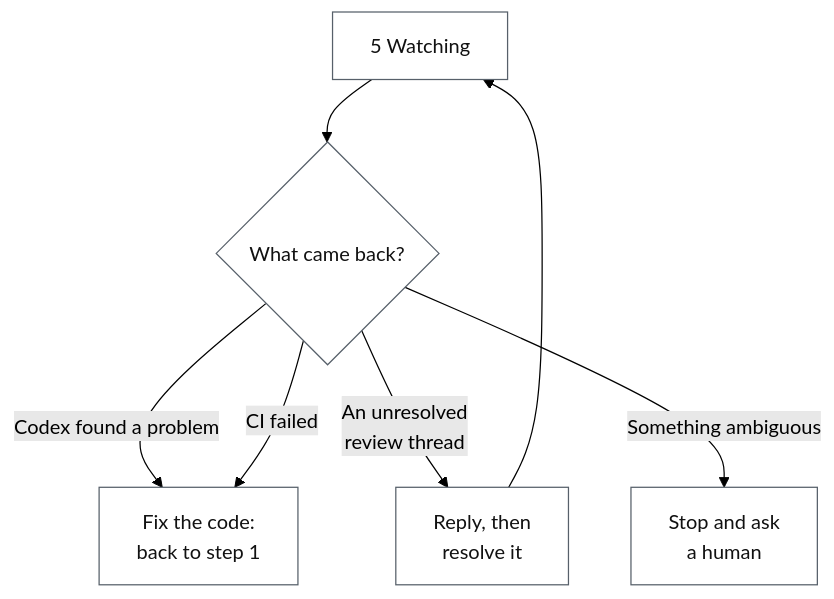
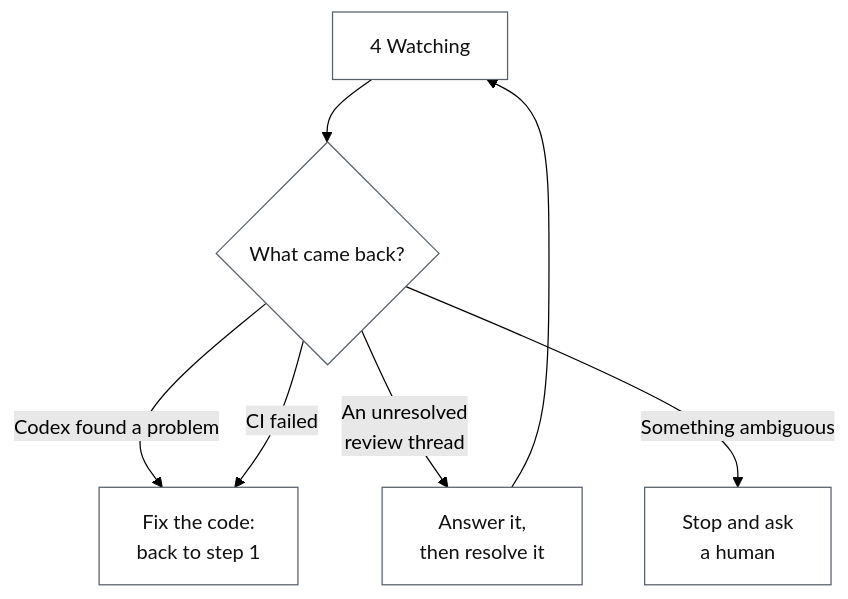
The second of 2 diagrams in docs/review-flow.md (fengjiachun/review-bridge), drawn with Mermaid (forest theme) before and after one commit. The commit also changed other lines of this file and 23 other files, not shown here.

````diff
--- a/docs/review-flow.md
+++ b/docs/review-flow.md
@@ -123,11 +111,11 @@
 ```mermaid
 flowchart TD
-  E["5 Watching"] --> Q{"What came back?"}
+  E["4 Watching"] --> Q{"What came back?"}
   Q -->|"Codex found a problem"| R1["Fix the code:<br/>back to step 1"]
   Q -->|"CI failed"| R1
-  Q -->|"An unresolved<br/>review thread"| R2["Reply, then<br/>resolve it"]
+  Q -->|"An unresolved<br/>review thread"| R2["Answer it,<br/>then resolve it"]
   Q -->|"Something ambiguous"| R3["Stop and ask<br/>a human"]
   R2 --> E
   classDef n fill:#ffffff,stroke:#57606a,stroke-width:1px,color:#111111;
   class E,Q,R1,R2,R3 n;
 ```
````
